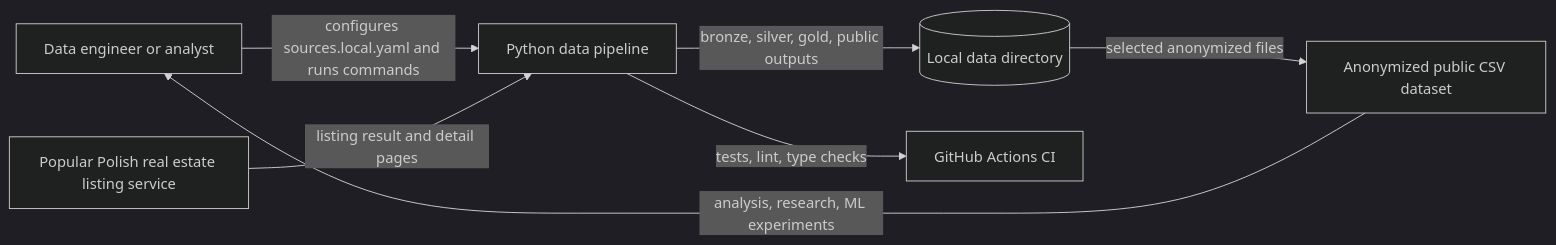
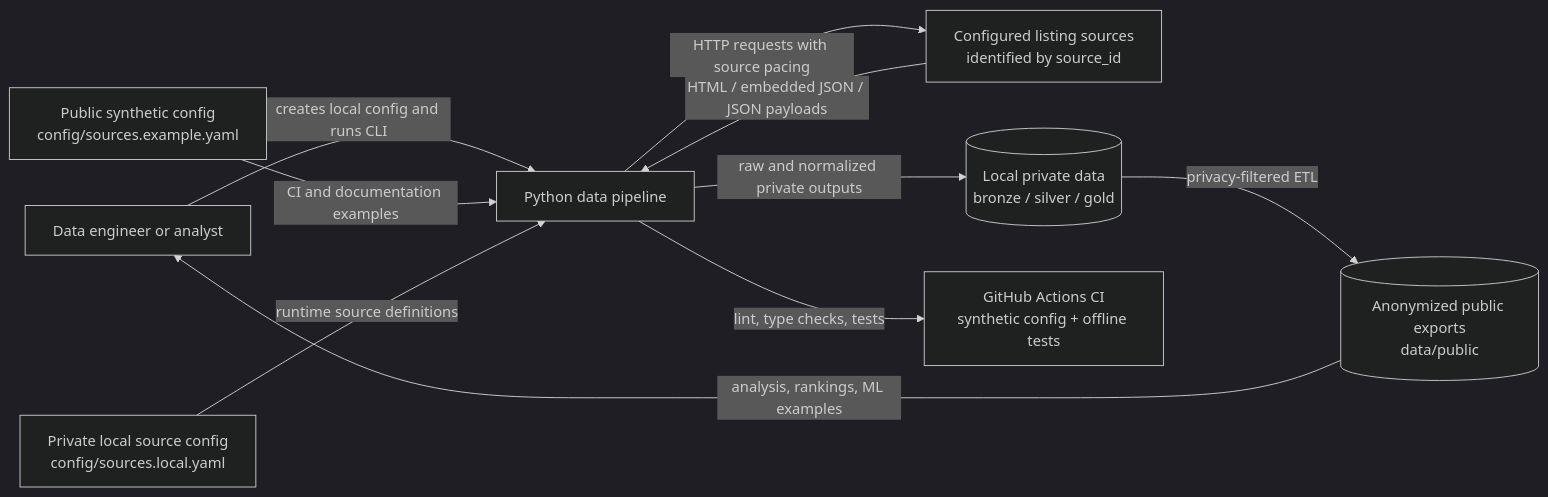
One commit to bi3lu/polish-real-estate-price-aggregates changed the diagram in docs/system-context.md. Above: the diagram before and after it, drawn with Mermaid (dark theme). The commit also changed other lines of this file and 15 other files, not shown here.

````diff
--- a/docs/system-context.md
+++ b/docs/system-context.md
@@ -3,17 +3,21 @@
 ```mermaid
 flowchart LR
     user[Data engineer or analyst]
-    source[Popular Polish real estate listing service]
+    local_config[Private local source config<br/>config/sources.local.yaml]
+    example_config[Public synthetic config<br/>config/sources.example.yaml]
+    sources[Configured listing sources<br/>identified by source_id]
     repo[Python data pipeline]
-    local[(Local data directory)]
-    public[Anonymized public CSV dataset]
-    ci[GitHub Actions CI]
+    private_data[(Local private data<br/>bronze / silver / gold)]
+    public_data[(Anonymized public exports<br/>data/public)]
+    ci[GitHub Actions CI<br/>synthetic config + offline tests]
 
-    user -->|configures sources.local.yaml and runs commands| repo
-    source -->|listing result and detail pages| repo
-    repo -->|bronze, silver, gold, public outputs| local
-    local -->|selected anonymized files| public
-    repo -->|tests, lint, type checks| ci
-
-    public -->|analysis, research, ML experiments| user
+    user -->|creates local config and runs CLI| repo
+    example_config -->|CI and documentation examples| repo
+    local_config -->|runtime source definitions| repo
+    repo -->|HTTP requests with source pacing| sources
+    sources -->|HTML / embedded JSON / JSON payloads| repo
+    repo -->|raw and normalized private outputs| private_data
+    private_data -->|privacy-filtered ETL| public_data
+    public_data -->|analysis, rankings, ML examples| user
+    repo -->|lint, type checks, tests| ci
 ```
````
